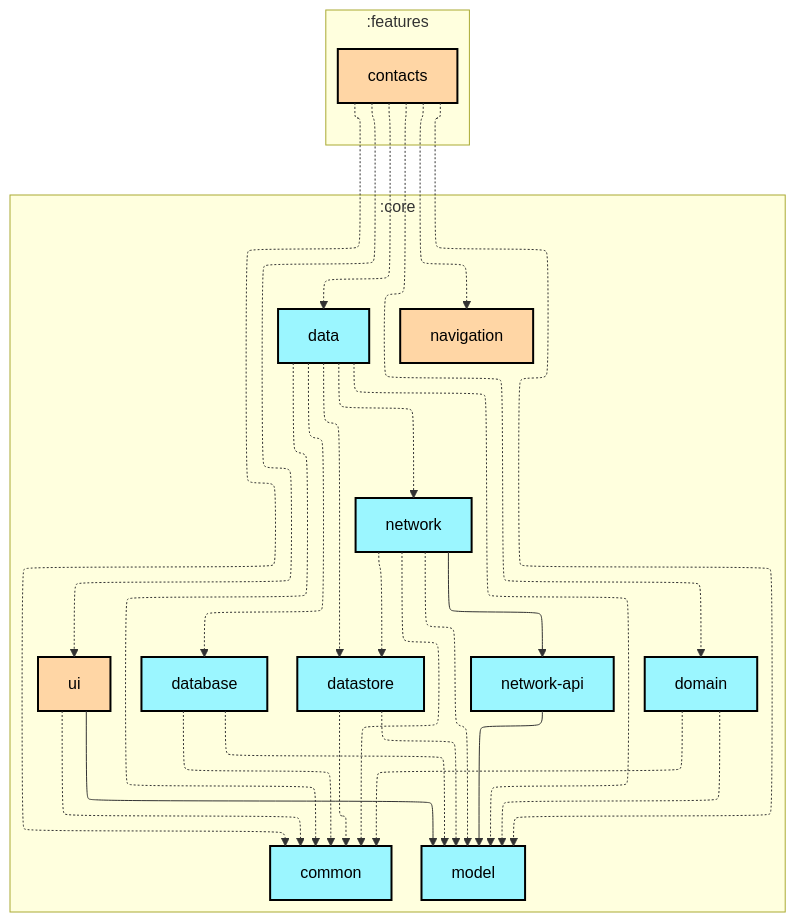
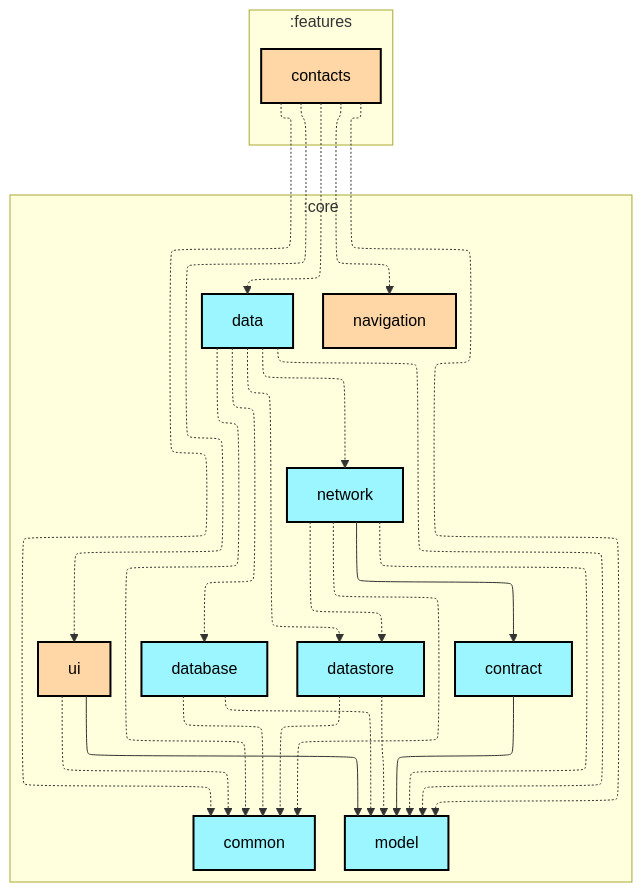
One commit to woods-marshes/chat-multiplatform changed the first of 2 diagrams in features/contacts/README.md. Above: the diagram before and after it, drawn with Mermaid. The commit also changed 58 other files, not shown here.

Commit message:
build: rename core:network-api module to core:contract

````diff
--- a/features/contacts/README.md
+++ b/features/contacts/README.md
@@ -6,58 +6,54 @@
 ```mermaid
 ---
 config:
   layout: elk
   elk:
     nodePlacementStrategy: SIMPLE
 ---
 graph TB
   subgraph :features
     direction TB
     :features:contacts[contacts]:::compose-multiplatform
   end
   subgraph :core
     direction TB
     :core:common[common]:::kotlin-multiplatform
+    :core:contract[contract]:::kotlin-multiplatform
     :core:data[data]:::kotlin-multiplatform
     :core:database[database]:::kotlin-multiplatform
     :core:datastore[datastore]:::kotlin-multiplatform
-    :core:domain[domain]:::kotlin-multiplatform
     :core:model[model]:::kotlin-multiplatform
     :core:navigation[navigation]:::compose-multiplatform
     :core:network[network]:::kotlin-multiplatform
-    :core:network-api[network-api]:::kotlin-multiplatform
     :core:ui[ui]:::compose-multiplatform
   end
 
+  :core:contract --> :core:model
   :core:data -.-> :core:common
   :core:data -.-> :core:database
   :core:data -.-> :core:datastore
   :core:data -.-> :core:model
   :core:data -.-> :core:network
   :core:database -.-> :core:common
   :core:database -.-> :core:model
   :core:datastore -.-> :core:common
   :core:datastore -.-> :core:model
-  :core:domain -.-> :core:common
-  :core:domain -.-> :core:model
   :core:network -.-> :core:common
+  :core:network --> :core:contract
   :core:network -.-> :core:datastore
   :core:network -.-> :core:model
-  :core:network --> :core:network-api
-  :core:network-api --> :core:model
   :core:ui -.-> :core:common
   :core:ui --> :core:model
   :features:contacts -.-> :core:common
   :features:contacts -.-> :core:data
-  :features:contacts -.-> :core:domain
   :features:contacts -.-> :core:model
   :features:contacts -.-> :core:navigation
   :features:contacts -.-> :core:ui
 
 classDef android-application fill:#CAFFBF,stroke:#000,stroke-width:2px,color:#000;
 classDef desktop-application fill:#BDB2FF,stroke:#000,stroke-width:2px,color:#000;
 classDef compose-multiplatform fill:#FFD6A5,stroke:#000,stroke-width:2px,color:#000;
 classDef ktor-server fill:#FDFFB6,stroke:#000,stroke-width:2px,color:#000;
 classDef kotlin-multiplatform fill:#9BF6FF,stroke:#000,stroke-width:2px,color:#000;
 classDef unknown fill:#FFADAD,stroke:#000,stroke-width:2px,color:#000;
 ```
````
